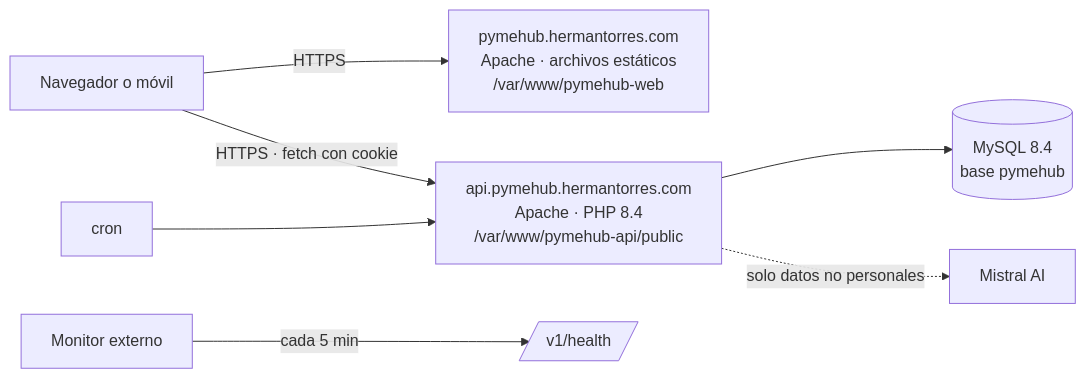
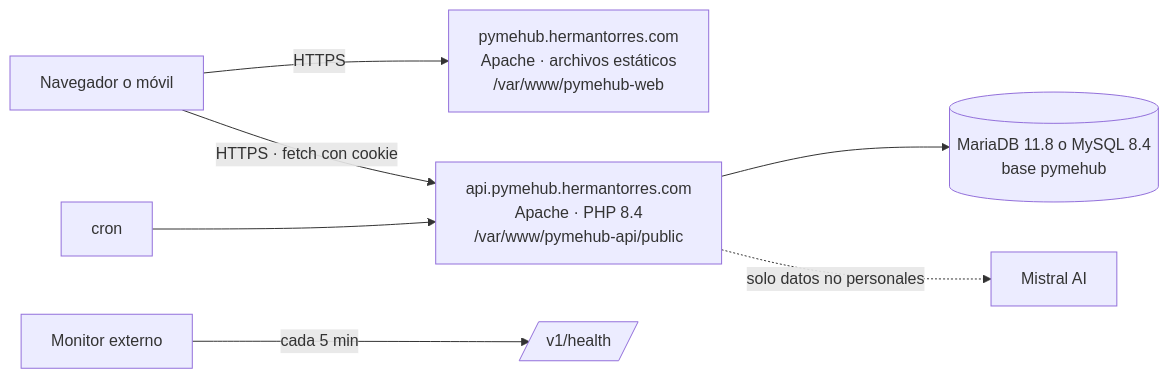
Before and after one commit to hermantorreshyo/pymehub_api: the diagram in docs/manuales/01_MANUAL_DESPLIEGUE.md, drawn with Mermaid. The commit also changed other lines of this file and 13 other files, not shown here.

````diff
--- a/docs/manuales/01_MANUAL_DESPLIEGUE.md
+++ b/docs/manuales/01_MANUAL_DESPLIEGUE.md
@@ -33,9 +35,9 @@
 ```mermaid
 flowchart LR
     U[Navegador o móvil] -->|HTTPS| W[pymehub.hermantorres.com<br/>Apache · archivos estáticos<br/>/var/www/pymehub-web]
     U -->|HTTPS · fetch con cookie| A[api.pymehub.hermantorres.com<br/>Apache · PHP 8.4<br/>/var/www/pymehub-api/public]
-    A --> D[(MySQL 8.4<br/>base pymehub)]
+    A --> D[(MariaDB 11.8 o MySQL 8.4<br/>base pymehub)]
     A -. solo datos no personales .-> M[Mistral AI]
     C[cron] --> A
     UR[Monitor externo] -->|cada 5 min| H[/v1/health/]
 ```
````
